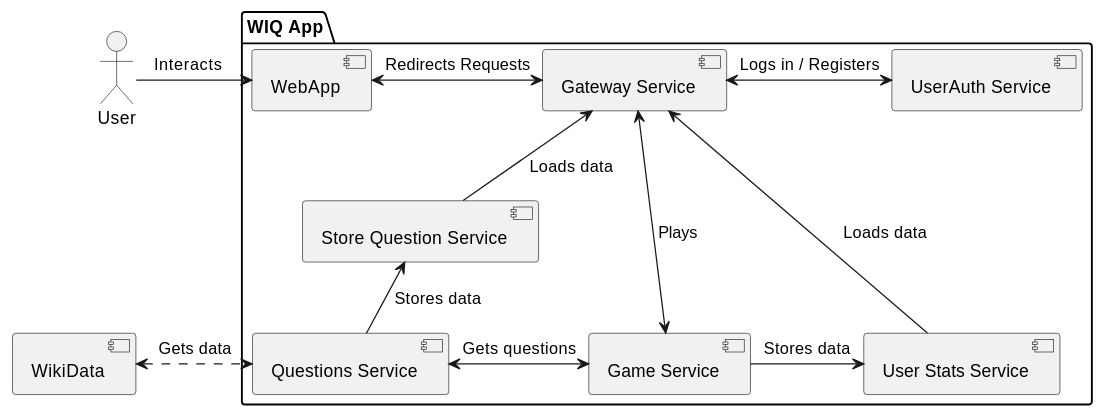
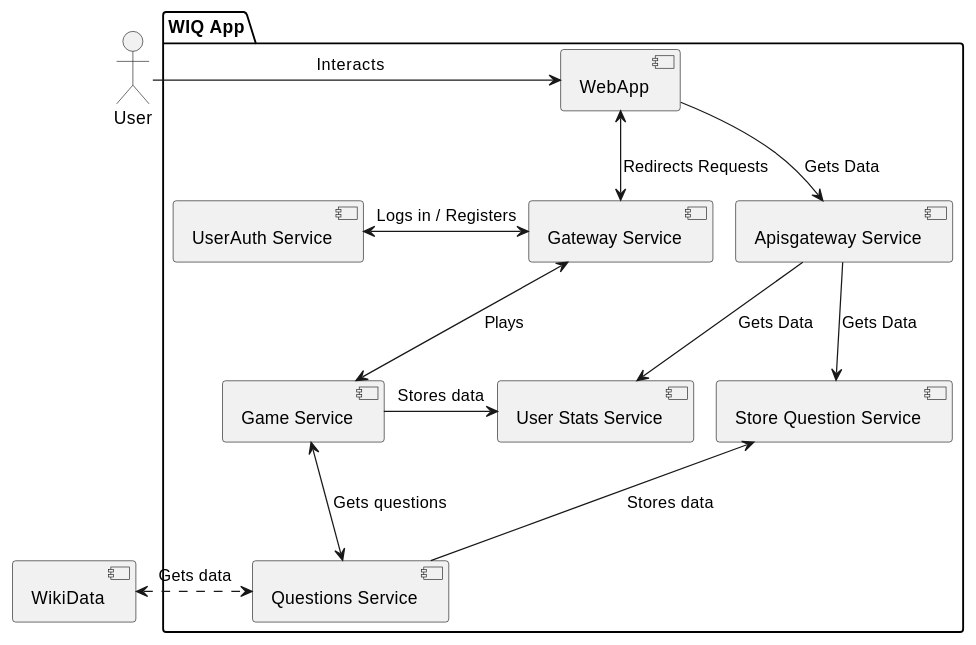
Before and after one commit to Arquisoft/wiq_es6c: the second of 3 diagrams in docs/src/05_building_block_view.adoc, drawn with PlantUML. The commit also changed other lines of this file and 1 other file, not shown here.

Commit message:
Changes on graphs at section 7 and 5

```diff
--- a/docs/src/05_building_block_view.adoc
+++ b/docs/src/05_building_block_view.adoc
@@ -39,18 +39,19 @@
 [plantuml,"Level 2 Diagram",png]
 ----
 !pragma layout smetana
 
 :User:
 package "WIQ App" {
 :User: -> [WebApp] : " Interacts    "
-[WebApp] <-> [Gateway Service] : Redirects Requests
+[WebApp] <--> [Gateway Service] : Redirects Requests
 [Gateway Service] <--down-> [Game Service] : Plays
-[Gateway Service] <-- [Store Question Service] : Loads data
-[Gateway Service] <-- [User Stats Service] : Loads data
-[Gateway Service] <-> [UserAuth Service] : Logs in / Registers
+[Apisgateway Service] <-up- [WebApp] : Gets Data
+[Apisgateway Service] ---> [Store Question Service] : Gets Data
+[Apisgateway Service] --> [User Stats Service] : Gets Data
+[Gateway Service] <-left-> [UserAuth Service] : Logs in / Registers
+[Questions Service] -up--> [Store Question Service] : Stores data
 [Game Service] -> [User Stats Service] : Stores data
-[Game Service] <-left-> [Questions Service] : Gets questions
-[Questions Service] -up-> [Store Question Service] : Stores data
+[Game Service] <--right--> [Questions Service] : Gets questions
 }
 [Questions Service] <.left.> [WikiData] : "  Gets data  "
 ----
```
